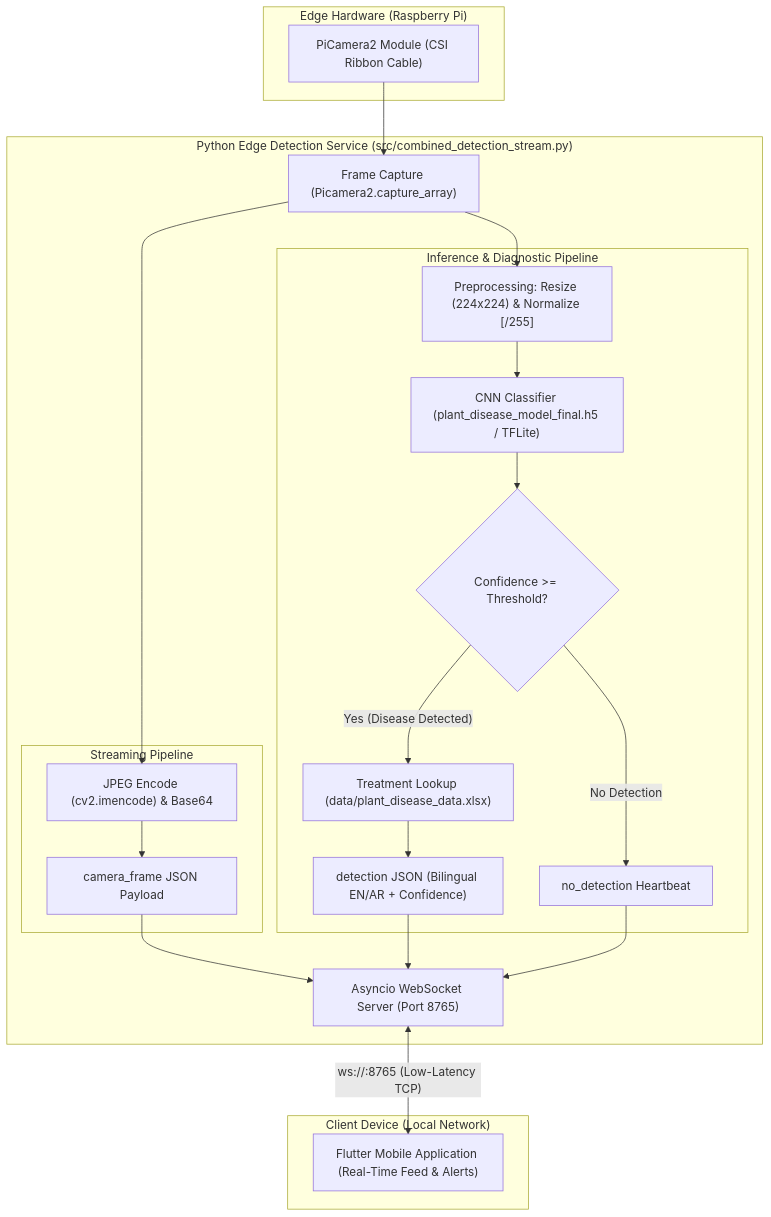
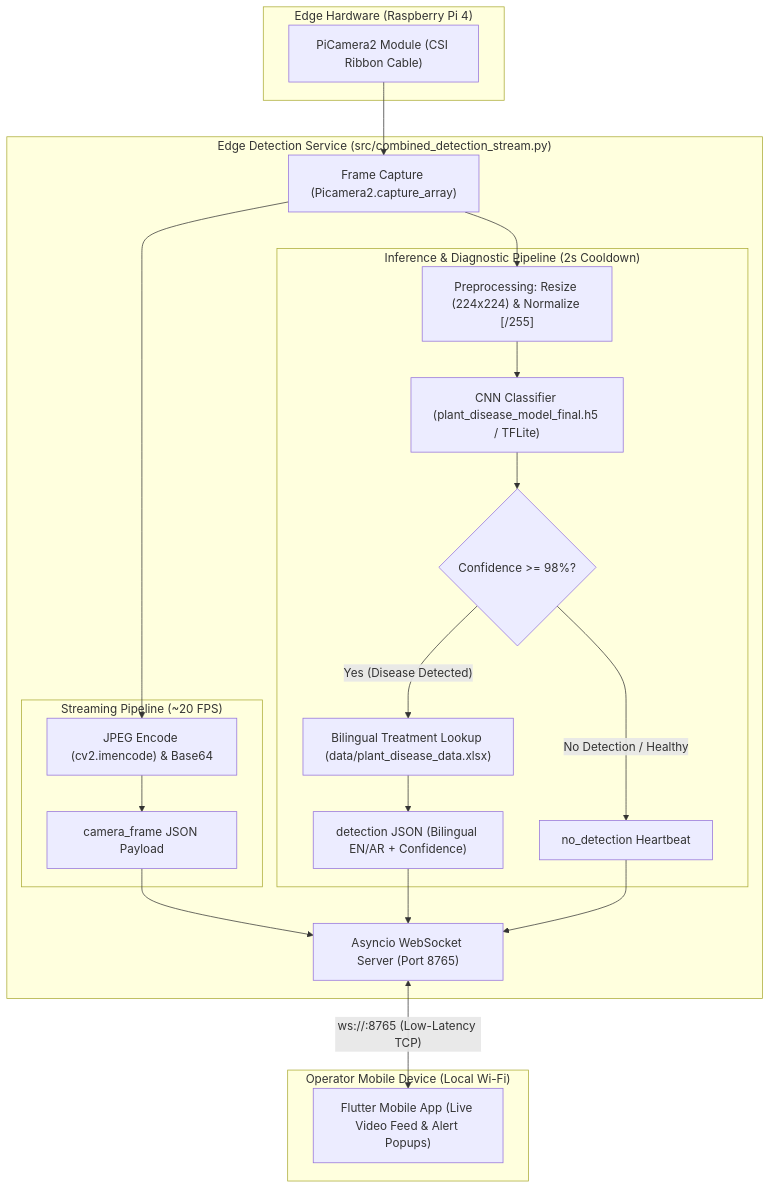
Before and after one commit to mariiammaysara/FarmerEye: the diagram in README.md, drawn with Mermaid. The commit also changed other lines of this file and 5 other files, not shown here.

````diff
--- a/README.md
+++ b/README.md
@@ -44,37 +90,37 @@
 ```mermaid
 graph TD
-    subgraph Hardware ["Edge Hardware (Raspberry Pi)"]
+    subgraph Hardware ["Edge Hardware (Raspberry Pi 4)"]
         CAM["PiCamera2 Module (CSI Ribbon Cable)"]
     end
 
-    subgraph EdgeService ["Python Edge Detection Service (src/combined_detection_stream.py)"]
+    subgraph EdgeService ["Edge Detection Service (src/combined_detection_stream.py)"]
         CAP["Frame Capture (Picamera2.capture_array)"]
         
-        subgraph StreamPipe ["Streaming Pipeline"]
+        subgraph StreamPipe ["Streaming Pipeline (~20 FPS)"]
             ENC["JPEG Encode (cv2.imencode) & Base64"]
             FRAME_MSG["camera_frame JSON Payload"]
         end
 
-        subgraph InfPipe ["Inference & Diagnostic Pipeline"]
+        subgraph InfPipe ["Inference & Diagnostic Pipeline (2s Cooldown)"]
             PREP["Preprocessing: Resize (224x224) & Normalize [/255]"]
             CNN["CNN Classifier (plant_disease_model_final.h5 / TFLite)"]
-            THRESH{"Confidence >= Threshold?"}
-            LOOKUP["Treatment Lookup (data/plant_disease_data.xlsx)"]
+            THRESH{"Confidence >= 98%?"}
+            LOOKUP["Bilingual Treatment Lookup (data/plant_disease_data.xlsx)"]
             ALERT_MSG["detection JSON (Bilingual EN/AR + Confidence)"]
             NO_DET["no_detection Heartbeat"]
         end
 
         WSS["Asyncio WebSocket Server (Port 8765)"]
     end
 
-    subgraph Client ["Client Device (Local Network)"]
-        APP["Flutter Mobile Application (Real-Time Feed & Alerts)"]
+    subgraph Client ["Operator Mobile Device (Local Wi-Fi)"]
+        APP["Flutter Mobile App (Live Video Feed & Alert Popups)"]
     end
 
     CAM --> CAP
     CAP --> ENC --> FRAME_MSG --> WSS
     CAP --> PREP --> CNN --> THRESH
     THRESH -- "Yes (Disease Detected)" --> LOOKUP --> ALERT_MSG --> WSS
-    THRESH -- "No Detection" --> NO_DET --> WSS
+    THRESH -- "No Detection / Healthy" --> NO_DET --> WSS
     WSS <-->|"ws://<IP>:8765 (Low-Latency TCP)"| APP
 ```
````
